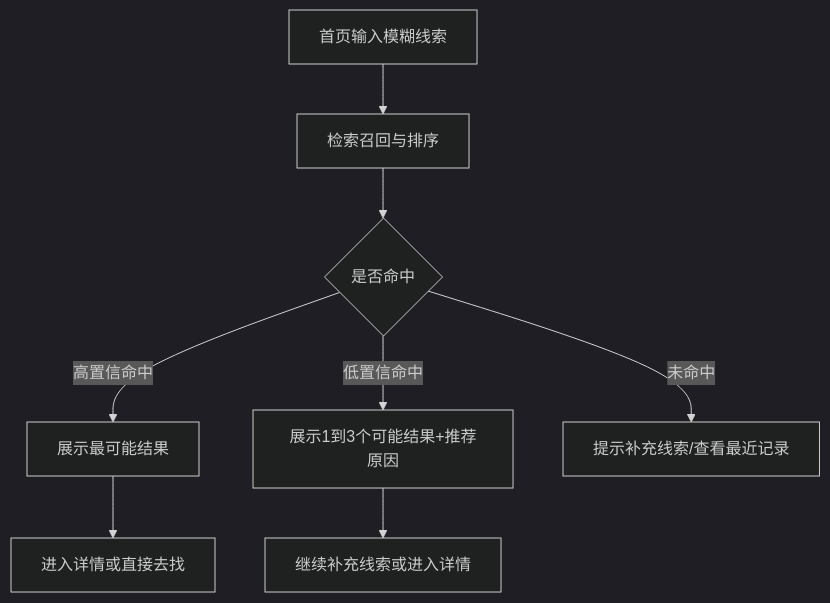
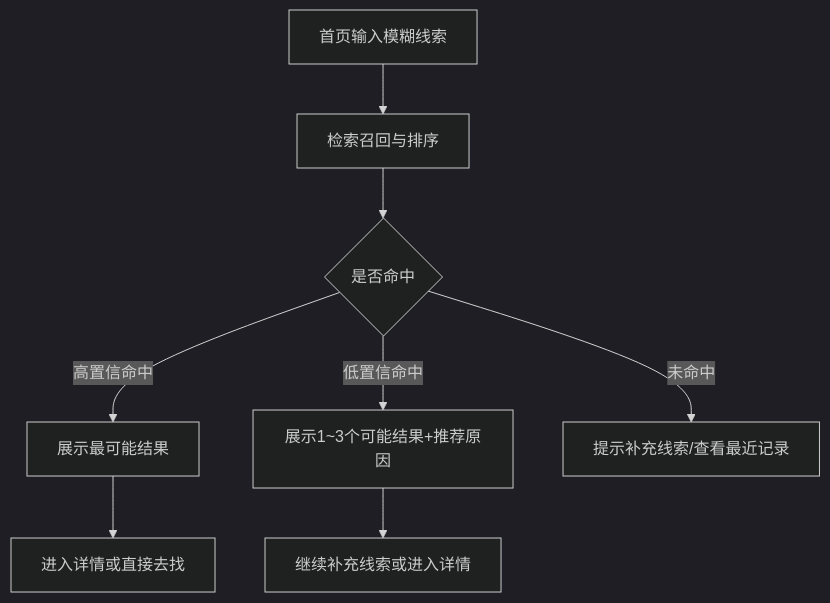
One commit to SK-Runner/remember-everything changed the second of 4 diagrams in doc/产品规划/物品位置记忆APP_MVP_PRD.md. Above: the diagram before and after it, drawn with Mermaid (dark theme). The commit also changed other lines of this file, not shown here.

````diff
--- a/doc/产品规划/物品位置记忆APP_MVP_PRD.md
+++ b/doc/产品规划/物品位置记忆APP_MVP_PRD.md
@@ -378,10 +378,10 @@
 ```mermaid
 flowchart TD
     A[首页输入模糊线索] --> B[检索召回与排序]
     B --> C{是否命中}
     C -- 高置信命中 --> D[展示最可能结果]
-    C -- 低置信命中 --> E[展示1到3个可能结果+推荐原因]
+    C -- 低置信命中 --> E[展示1~3个可能结果+推荐原因]
     C -- 未命中 --> F[提示补充线索/查看最近记录]
     D --> G[进入详情或直接去找]
     E --> H[继续补充线索或进入详情]
 ```
````
